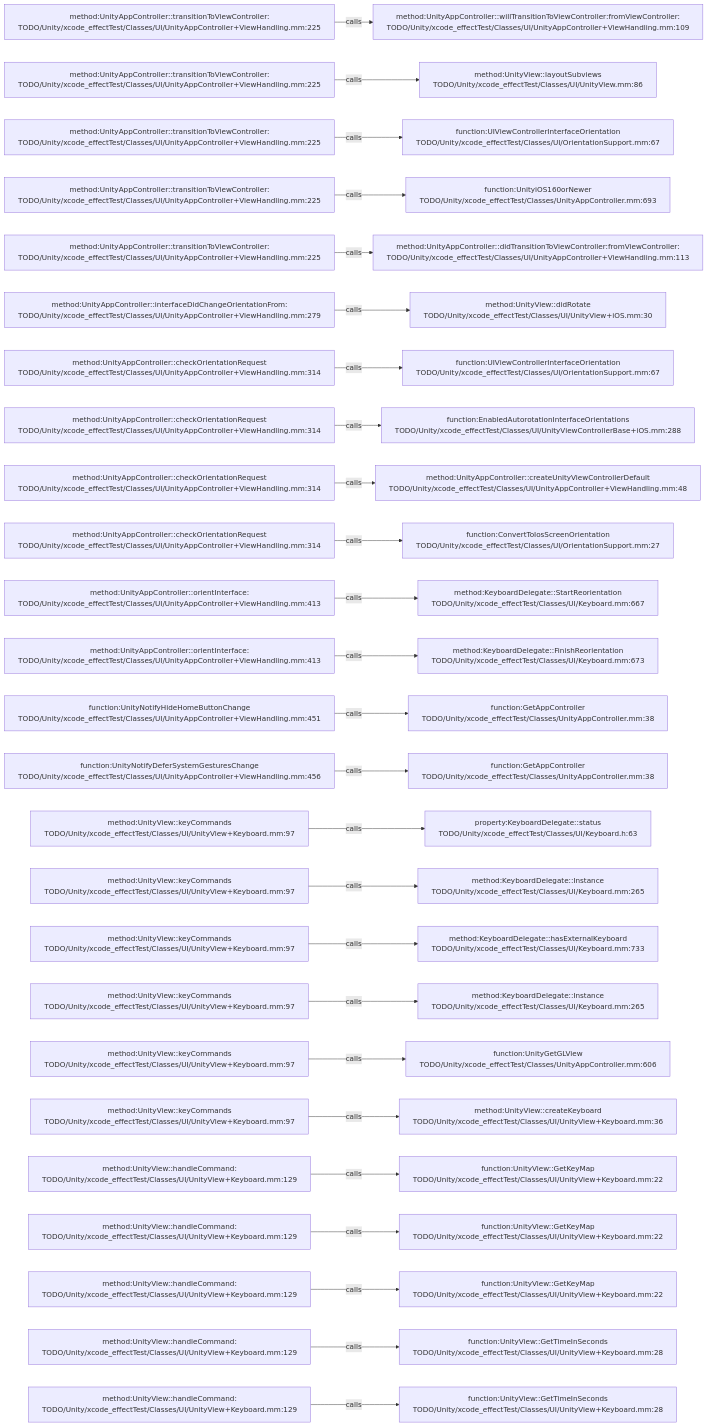
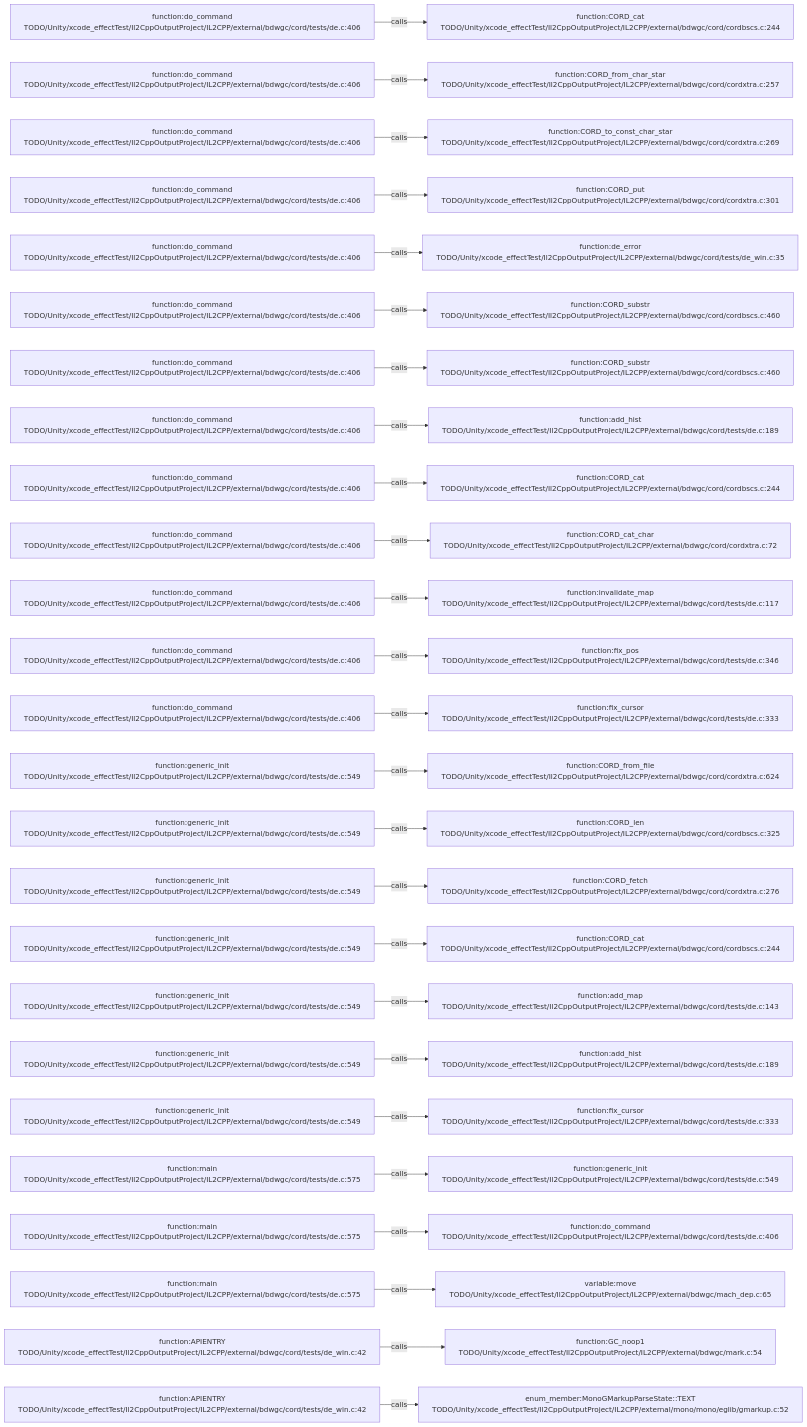
Before and after one commit to JobsKits/JobsSwiftBaseConfigDemo: the diagram in .codegraph/codegraph.md/graphs/calls-095.md, drawn with Mermaid. The commit also changed 227 other files, not shown here.

````diff
--- a/.codegraph/codegraph.md/graphs/calls-095.md
+++ b/.codegraph/codegraph.md/graphs/calls-095.md
@@ -13,78 +13,78 @@
 ```mermaid
 flowchart LR
-  S1["method:UnityAppController::transitionToViewController:<br/>TODO/Unity/xcode_effectTest/Classes/UI/UnityAppController+ViewHandling.mm:225"]
-  T1["method:UnityAppController::willTransitionToViewController:fromViewController:<br/>TODO/Unity/xcode_effectTest/Classes/UI/UnityAppController+ViewHandling.mm:109"]
+  S1["function:do_command<br/>TODO/Unity/xcode_effectTest/Il2CppOutputProject/IL2CPP/external/bdwgc/cord/tests/de.c:406"]
+  T1["function:CORD_cat<br/>TODO/Unity/xcode_effectTest/Il2CppOutputProject/IL2CPP/external/bdwgc/cord/cordbscs.c:244"]
   S1 -->|calls| T1
-  S2["method:UnityAppController::transitionToViewController:<br/>TODO/Unity/xcode_effectTest/Classes/UI/UnityAppController+ViewHandling.mm:225"]
-  T2["method:UnityView::layoutSubviews<br/>TODO/Unity/xcode_effectTest/Classes/UI/UnityView.mm:86"]
+  S2["function:do_command<br/>TODO/Unity/xcode_effectTest/Il2CppOutputProject/IL2CPP/external/bdwgc/cord/tests/de.c:406"]
+  T2["function:CORD_from_char_star<br/>TODO/Unity/xcode_effectTest/Il2CppOutputProject/IL2CPP/external/bdwgc/cord/cordxtra.c:257"]
   S2 -->|calls| T2
-  S3["method:UnityAppController::transitionToViewController:<br/>TODO/Unity/xcode_effectTest/Classes/UI/UnityAppController+ViewHandling.mm:225"]
-  T3["function:UIViewControllerInterfaceOrientation<br/>TODO/Unity/xcode_effectTest/Classes/UI/OrientationSupport.mm:67"]
+  S3["function:do_command<br/>TODO/Unity/xcode_effectTest/Il2CppOutputProject/IL2CPP/external/bdwgc/cord/tests/de.c:406"]
+  T3["function:CORD_to_const_char_star<br/>TODO/Unity/xcode_effectTest/Il2CppOutputProject/IL2CPP/external/bdwgc/cord/cordxtra.c:269"]
   S3 -->|calls| T3
-  S4["method:UnityAppController::transitionToViewController:<br/>TODO/Unity/xcode_effectTest/Classes/UI/UnityAppController+ViewHandling.mm:225"]
-  T4["function:UnityiOS160orNewer<br/>TODO/Unity/xcode_effectTest/Classes/UnityAppController.mm:693"]
+  S4["function:do_command<br/>TODO/Unity/xcode_effectTest/Il2CppOutputProject/IL2CPP/external/bdwgc/cord/tests/de.c:406"]
+  T4["function:CORD_put<br/>TODO/Unity/xcode_effectTest/Il2CppOutputProject/IL2CPP/external/bdwgc/cord/cordxtra.c:301"]
   S4 -->|calls| T4
-  S5["method:UnityAppController::transitionToViewController:<br/>TODO/Unity/xcode_effectTest/Classes/UI/UnityAppController+ViewHandling.mm:225"]
-  T5["method:UnityAppController::didTransitionToViewController:fromViewController:<br/>TODO/Unity/xcode_effectTest/Classes/UI/UnityAppController+ViewHandling.mm:113"]
+  S5["function:do_command<br/>TODO/Unity/xcode_effectTest/Il2CppOutputProject/IL2CPP/external/bdwgc/cord/tests/de.c:406"]
+  T5["function:de_error<br/>TODO/Unity/xcode_effectTest/Il2CppOutputProject/IL2CPP/external/bdwgc/cord/tests/de_win.c:35"]
   S5 -->|calls| T5
-  S6["method:UnityAppController::interfaceDidChangeOrientationFrom:<br/>TODO/Unity/xcode_effectTest/Classes/UI/UnityAppController+ViewHandling.mm:279"]
-  T6["method:UnityView::didRotate<br/>TODO/Unity/xcode_effectTest/Classes/UI/UnityView+iOS.mm:30"]
+  S6["function:do_command<br/>TODO/Unity/xcode_effectTest/Il2CppOutputProject/IL2CPP/external/bdwgc/cord/tests/de.c:406"]
+  T6["function:CORD_substr<br/>TODO/Unity/xcode_effectTest/Il2CppOutputProject/IL2CPP/external/bdwgc/cord/cordbscs.c:460"]
   S6 -->|calls| T6
-  S7["method:UnityAppController::checkOrientationRequest<br/>TODO/Unity/xcode_effectTest/Classes/UI/UnityAppController+ViewHandling.mm:314"]
-  T7["function:UIViewControllerInterfaceOrientation<br/>TODO/Unity/xcode_effectTest/Classes/UI/OrientationSupport.mm:67"]
+  S7["function:do_command<br/>TODO/Unity/xcode_effectTest/Il2CppOutputProject/IL2CPP/external/bdwgc/cord/tests/de.c:406"]
+  T7["function:CORD_substr<br/>TODO/Unity/xcode_effectTest/Il2CppOutputProject/IL2CPP/external/bdwgc/cord/cordbscs.c:460"]
   S7 -->|calls| T7
-  S8["method:UnityAppController::checkOrientationRequest<br/>TODO/Unity/xcode_effectTest/Classes/UI/UnityAppController+ViewHandling.mm:314"]
-  T8["function:EnabledAutorotationInterfaceOrientations<br/>TODO/Unity/xcode_effectTest/Classes/UI/UnityViewControllerBase+iOS.mm:288"]
+  S8["function:do_command<br/>TODO/Unity/xcode_effectTest/Il2CppOutputProject/IL2CPP/external/bdwgc/cord/tests/de.c:406"]
+  T8["function:add_hist<br/>TODO/Unity/xcode_effectTest/Il2CppOutputProject/IL2CPP/external/bdwgc/cord/tests/de.c:189"]
   S8 -->|calls| T8
-  S9["method:UnityAppController::checkOrientationRequest<br/>TODO/Unity/xcode_effectTest/Classes/UI/UnityAppController+ViewHandling.mm:314"]
-  T9["method:UnityAppController::createUnityViewControllerDefault<br/>TODO/Unity/xcode_effectTest/Classes/UI/UnityAppController+ViewHandling.mm:48"]
+  S9["function:do_command<br/>TODO/Unity/xcode_effectTest/Il2CppOutputProject/IL2CPP/external/bdwgc/cord/tests/de.c:406"]
+  T9["function:CORD_cat<br/>TODO/Unity/xcode_effectTest/Il2CppOutputProject/IL2CPP/external/bdwgc/cord/cordbscs.c:244"]
   S9 -->|calls| T9
-  S10["method:UnityAppController::checkOrientationRequest<br/>TODO/Unity/xcode_effectTest/Classes/UI/UnityAppController+ViewHandling.mm:314"]
-  T10["function:ConvertToIosScreenOrientation<br/>TODO/Unity/xcode_effectTest/Classes/UI/OrientationSupport.mm:27"]
+  S10["function:do_command<br/>TODO/Unity/xcode_effectTest/Il2CppOutputProject/IL2CPP/external/bdwgc/cord/tests/de.c:406"]
+  T10["function:CORD_cat_char<br/>TODO/Unity/xcode_effectTest/Il2CppOutputProject/IL2CPP/external/bdwgc/cord/cordxtra.c:72"]
   S10 -->|calls| T10
-  S11["method:UnityAppController::orientInterface:<br/>TODO/Unity/xcode_effectTest/Classes/UI/UnityAppController+ViewHandling.mm:413"]
-  T11["method:KeyboardDelegate::StartReorientation<br/>TODO/Unity/xcode_effectTest/Classes/UI/Keyboard.mm:667"]
+  S11["function:do_command<br/>TODO/Unity/xcode_effectTest/Il2CppOutputProject/IL2CPP/external/bdwgc/cord/tests/de.c:406"]
+  T11["function:invalidate_map<br/>TODO/Unity/xcode_effectTest/Il2CppOutputProject/IL2CPP/external/bdwgc/cord/tests/de.c:117"]
   S11 -->|calls| T11
-  S12["method:UnityAppController::orientInterface:<br/>TODO/Unity/xcode_effectTest/Classes/UI/UnityAppController+ViewHandling.mm:413"]
-  T12["method:KeyboardDelegate::FinishReorientation<br/>TODO/Unity/xcode_effectTest/Classes/UI/Keyboard.mm:673"]
+  S12["function:do_command<br/>TODO/Unity/xcode_effectTest/Il2CppOutputProject/IL2CPP/external/bdwgc/cord/tests/de.c:406"]
+  T12["function:fix_pos<br/>TODO/Unity/xcode_effectTest/Il2CppOutputProject/IL2CPP/external/bdwgc/cord/tests/de.c:346"]
   S12 -->|calls| T12
-  S13["function:UnityNotifyHideHomeButtonChange<br/>TODO/Unity/xcode_effectTest/Classes/UI/UnityAppController+ViewHandling.mm:451"]
-  T13["function:GetAppController<br/>TODO/Unity/xcode_effectTest/Classes/UnityAppController.mm:38"]
+  S13["function:do_command<br/>TODO/Unity/xcode_effectTest/Il2CppOutputProject/IL2CPP/external/bdwgc/cord/tests/de.c:406"]
+  T13["function:fix_cursor<br/>TODO/Unity/xcode_effectTest/Il2CppOutputProject/IL2CPP/external/bdwgc/cord/tests/de.c:333"]
   S13 -->|calls| T13
-  S14["function:UnityNotifyDeferSystemGesturesChange<br/>TODO/Unity/xcode_effectTest/Classes/UI/UnityAppController+ViewHandling.mm:456"]
-  T14["function:GetAppController<br/>TODO/Unity/xcode_effectTest/Classes/UnityAppController.mm:38"]
+  S14["function:generic_init<br/>TODO/Unity/xcode_effectTest/Il2CppOutputProject/IL2CPP/external/bdwgc/cord/tests/de.c:549"]
+  T14["function:CORD_from_file<br/>TODO/Unity/xcode_effectTest/Il2CppOutputProject/IL2CPP/external/bdwgc/cord/cordxtra.c:624"]
   S14 -->|calls| T14
-  S15["method:UnityView::keyCommands<br/>TODO/Unity/xcode_effectTest/Classes/UI/UnityView+Keyboard.mm:97"]
-  T15["property:KeyboardDelegate::status<br/>TODO/Unity/xcode_effectTest/Classes/UI/Keyboard.h:63"]
+  S15["function:generic_init<br/>TODO/Unity/xcode_effectTest/Il2CppOutputProject/IL2CPP/external/bdwgc/cord/tests/de.c:549"]
+  T15["function:CORD_len<br/>TODO/Unity/xcode_effectTest/Il2CppOutputProject/IL2CPP/external/bdwgc/cord/cordbscs.c:325"]
   S15 -->|calls| T15
-  S16["method:UnityView::keyCommands<br/>TODO/Unity/xcode_effectTest/Classes/UI/UnityView+Keyboard.mm:97"]
-  T16["method:KeyboardDelegate::Instance<br/>TODO/Unity/xcode_effectTest/Classes/UI/Keyboard.mm:265"]
+  S16["function:generic_init<br/>TODO/Unity/xcode_effectTest/Il2CppOutputProject/IL2CPP/external/bdwgc/cord/tests/de.c:549"]
+  T16["function:CORD_fetch<br/>TODO/Unity/xcode_effectTest/Il2CppOutputProject/IL2CPP/external/bdwgc/cord/cordxtra.c:276"]
   S16 -->|calls| T16
-  S17["method:UnityView::keyCommands<br/>TODO/Unity/xcode_effectTest/Classes/UI/UnityView+Keyboard.mm:97"]
-  T17["method:KeyboardDelegate::hasExternalKeyboard<br/>TODO/Unity/xcode_effectTest/Classes/UI/Keyboard.mm:733"]
+  S17["function:generic_init<br/>TODO/Unity/xcode_effectTest/Il2CppOutputProject/IL2CPP/external/bdwgc/cord/tests/de.c:549"]
+  T17["function:CORD_cat<br/>TODO/Unity/xcode_effectTest/Il2CppOutputProject/IL2CPP/external/bdwgc/cord/cordbscs.c:244"]
   S17 -->|calls| T17
-  S18["method:UnityView::keyCommands<br/>TODO/Unity/xcode_effectTest/Classes/UI/UnityView+Keyboard.mm:97"]
-  T18["method:KeyboardDelegate::Instance<br/>TODO/Unity/xcode_effectTest/Classes/UI/Keyboard.mm:265"]
+  S18["function:generic_init<br/>TODO/Unity/xcode_effectTest/Il2CppOutputProject/IL2CPP/external/bdwgc/cord/tests/de.c:549"]
+  T18["function:add_map<br/>TODO/Unity/xcode_effectTest/Il2CppOutputProject/IL2CPP/external/bdwgc/cord/tests/de.c:143"]
   S18 -->|calls| T18
-  S19["method:UnityView::keyCommands<br/>TODO/Unity/xcode_effectTest/Classes/UI/UnityView+Keyboard.mm:97"]
-  T19["function:UnityGetGLView<br/>TODO/Unity/xcode_effectTest/Classes/UnityAppController.mm:606"]
+  S19["function:generic_init<br/>TODO/Unity/xcode_effectTest/Il2CppOutputProject/IL2CPP/external/bdwgc/cord/tests/de.c:549"]
+  T19["function:add_hist<br/>TODO/Unity/xcode_effectTest/Il2CppOutputProject/IL2CPP/external/bdwgc/cord/tests/de.c:189"]
   S19 -->|calls| T19
-  S20["method:UnityView::keyCommands<br/>TODO/Unity/xcode_effectTest/Classes/UI/UnityView+Keyboard.mm:97"]
-  T20["method:UnityView::createKeyboard<br/>TODO/Unity/xcode_effectTest/Classes/UI/UnityView+Keyboard.mm:36"]
+  S20["function:generic_init<br/>TODO/Unity/xcode_effectTest/Il2CppOutputProject/IL2CPP/external/bdwgc/cord/tests/de.c:549"]
+  T20["function:fix_cursor<br/>TODO/Unity/xcode_effectTest/Il2CppOutputProject/IL2CPP/external/bdwgc/cord/tests/de.c:333"]
   S20 -->|calls| T20
-  S21["method:UnityView::handleCommand:<br/>TODO/Unity/xcode_effectTest/Classes/UI/UnityView+Keyboard.mm:129"]
-  T21["function:UnityView::GetKeyMap<br/>TODO/Unity/xcode_effectTest/Classes/UI/UnityView+Keyboard.mm:22"]
+  S21["function:main<br/>TODO/Unity/xcode_effectTest/Il2CppOutputProject/IL2CPP/external/bdwgc/cord/tests/de.c:575"]
+  T21["function:generic_init<br/>TODO/Unity/xcode_effectTest/Il2CppOutputProject/IL2CPP/external/bdwgc/cord/tests/de.c:549"]
   S21 -->|calls| T21
-  S22["method:UnityView::handleCommand:<br/>TODO/Unity/xcode_effectTest/Classes/UI/UnityView+Keyboard.mm:129"]
-  T22["function:UnityView::GetKeyMap<br/>TODO/Unity/xcode_effectTest/Classes/UI/UnityView+Keyboard.mm:22"]
+  S22["function:main<br/>TODO/Unity/xcode_effectTest/Il2CppOutputProject/IL2CPP/external/bdwgc/cord/tests/de.c:575"]
+  T22["function:do_command<br/>TODO/Unity/xcode_effectTest/Il2CppOutputProject/IL2CPP/external/bdwgc/cord/tests/de.c:406"]
   S22 -->|calls| T22
-  S23["method:UnityView::handleCommand:<br/>TODO/Unity/xcode_effectTest/Classes/UI/UnityView+Keyboard.mm:129"]
-  T23["function:UnityView::GetKeyMap<br/>TODO/Unity/xcode_effectTest/Classes/UI/UnityView+Keyboard.mm:22"]
+  S23["function:main<br/>TODO/Unity/xcode_effectTest/Il2CppOutputProject/IL2CPP/external/bdwgc/cord/tests/de.c:575"]
+  T23["variable:move<br/>TODO/Unity/xcode_effectTest/Il2CppOutputProject/IL2CPP/external/bdwgc/mach_dep.c:65"]
   S23 -->|calls| T23
-  S24["method:UnityView::handleCommand:<br/>TODO/Unity/xcode_effectTest/Classes/UI/UnityView+Keyboard.mm:129"]
-  T24["function:UnityView::GetTimeInSeconds<br/>TODO/Unity/xcode_effectTest/Classes/UI/UnityView+Keyboard.mm:28"]
+  S24["function:APIENTRY<br/>TODO/Unity/xcode_effectTest/Il2CppOutputProject/IL2CPP/external/bdwgc/cord/tests/de_win.c:42"]
+  T24["function:GC_noop1<br/>TODO/Unity/xcode_effectTest/Il2CppOutputProject/IL2CPP/external/bdwgc/mark.c:54"]
   S24 -->|calls| T24
-  S25["method:UnityView::handleCommand:<br/>TODO/Unity/xcode_effectTest/Classes/UI/UnityView+Keyboard.mm:129"]
-  T25["function:UnityView::GetTimeInSeconds<br/>TODO/Unity/xcode_effectTest/Classes/UI/UnityView+Keyboard.mm:28"]
+  S25["function:APIENTRY<br/>TODO/Unity/xcode_effectTest/Il2CppOutputProject/IL2CPP/external/bdwgc/cord/tests/de_win.c:42"]
+  T25["enum_member:MonoGMarkupParseState::TEXT<br/>TODO/Unity/xcode_effectTest/Il2CppOutputProject/IL2CPP/external/mono/mono/eglib/gmarkup.c:52"]
   S25 -->|calls| T25
 ```
````
